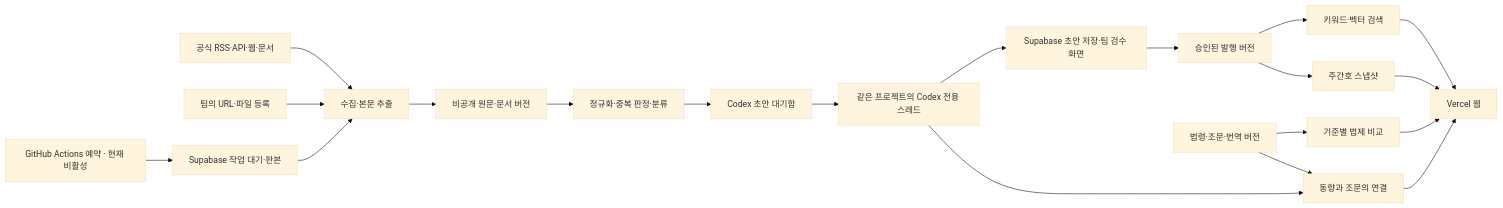
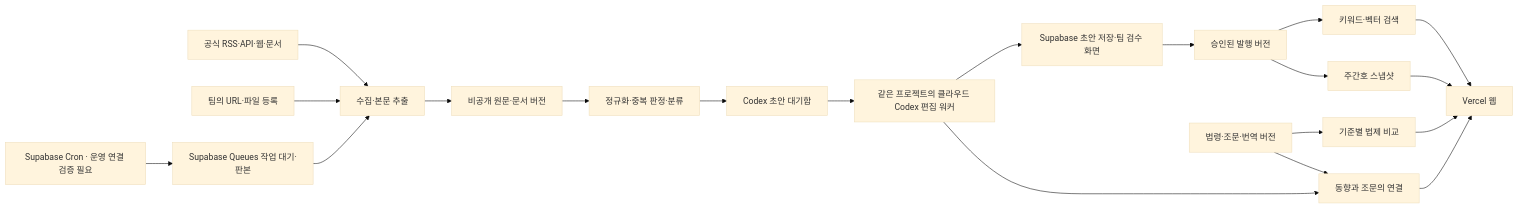
One commit to parksunup/globaltrend changed the first of 4 diagrams in architecture.md. Above: the diagram before and after it, drawn with Mermaid (base theme). The commit also changed other lines of this file and 4 other files, not shown here.

````diff
--- a/architecture.md
+++ b/architecture.md
@@ -76,22 +76,22 @@
 ```mermaid
 flowchart LR
     Sources[공식 RSS·API·웹·문서] --> Fetch[수집·본문 추출]
     Manual[팀의 URL·파일 등록] --> Fetch
-    Cron[GitHub Actions 예약 · 현재 비활성] --> Queue[Supabase 작업 대기·판본]
+    Cron[Supabase Cron · 운영 연결 검증 필요] --> Queue[Supabase Queues 작업 대기·판본]
     Queue --> Fetch
     Fetch --> Raw[비공개 원문·문서 버전]
     Raw --> Process[정규화·중복 판정·분류]
     Process --> DraftQueue[Codex 초안 대기함]
-    DraftQueue --> Codex[같은 프로젝트의 Codex 전용 스레드]
+    DraftQueue --> Codex[같은 프로젝트의 클라우드 Codex 편집 워커]
     Codex --> Review[Supabase 초안 저장·팀 검수 화면]
     Review --> Published[승인된 발행 버전]
     Published --> Search[키워드·벡터 검색]
     Published --> Reports[주간호 스냅샷]
     Laws[법령·조문·번역 버전] --> Compare[기준별 법제 비교]
     Laws --> References[동향과 조문의 연결]
     Codex --> References
     Search --> Web[Vercel 웹]
     Reports --> Web
     Compare --> Web
     References --> Web
 ```
````
